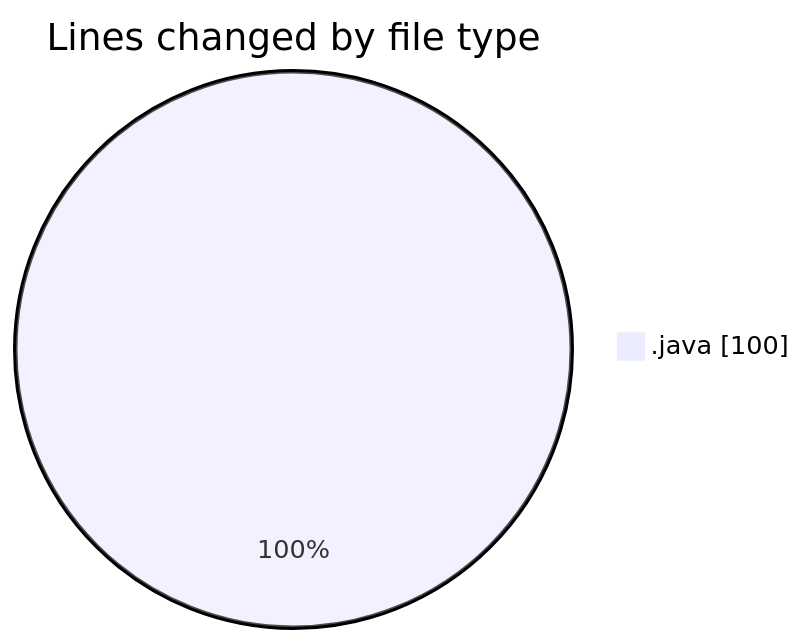
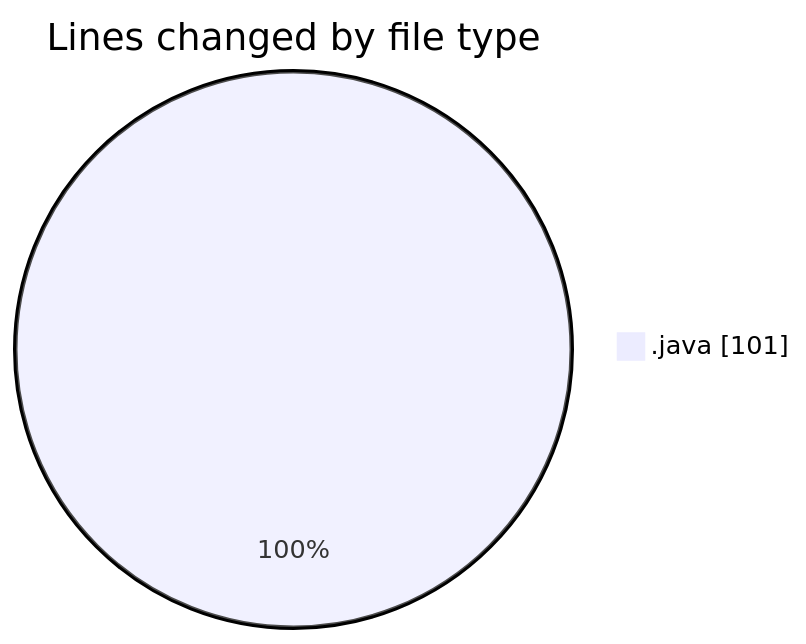
Before and after one commit to charlie-sans/code-tracking: the first of 2 diagrams in 2025-02-19/masm/README.md, drawn with Mermaid. The commit also changed other lines of this file and 1 other file, not shown here.

````diff
--- a/2025-02-19/masm/README.md
+++ b/2025-02-19/masm/README.md
@@ -21,5 +21,5 @@
 ```mermaid
 pie showData
 title Lines changed by file type
-".java" : 100
+".java" : 101
 ```
````
